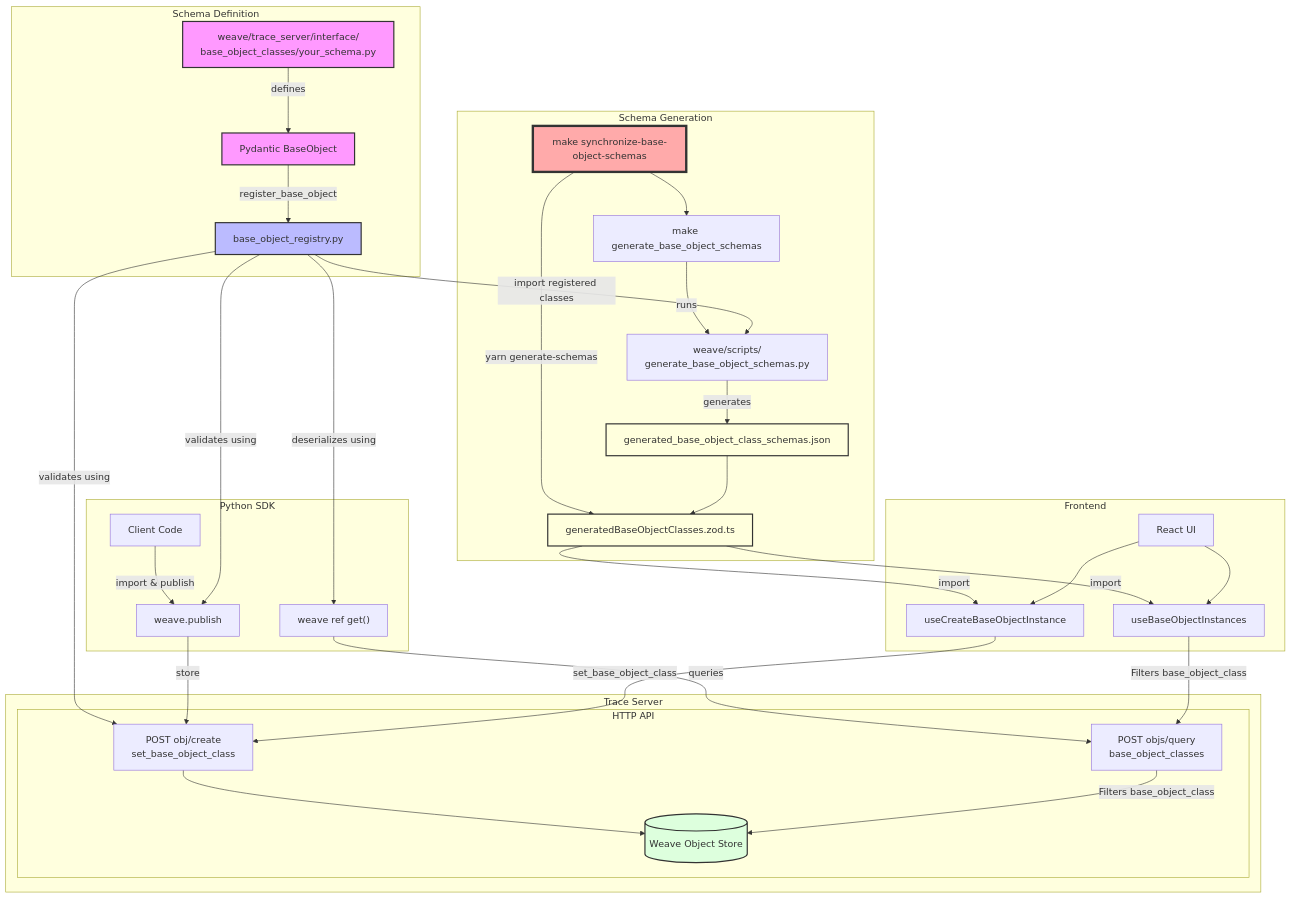
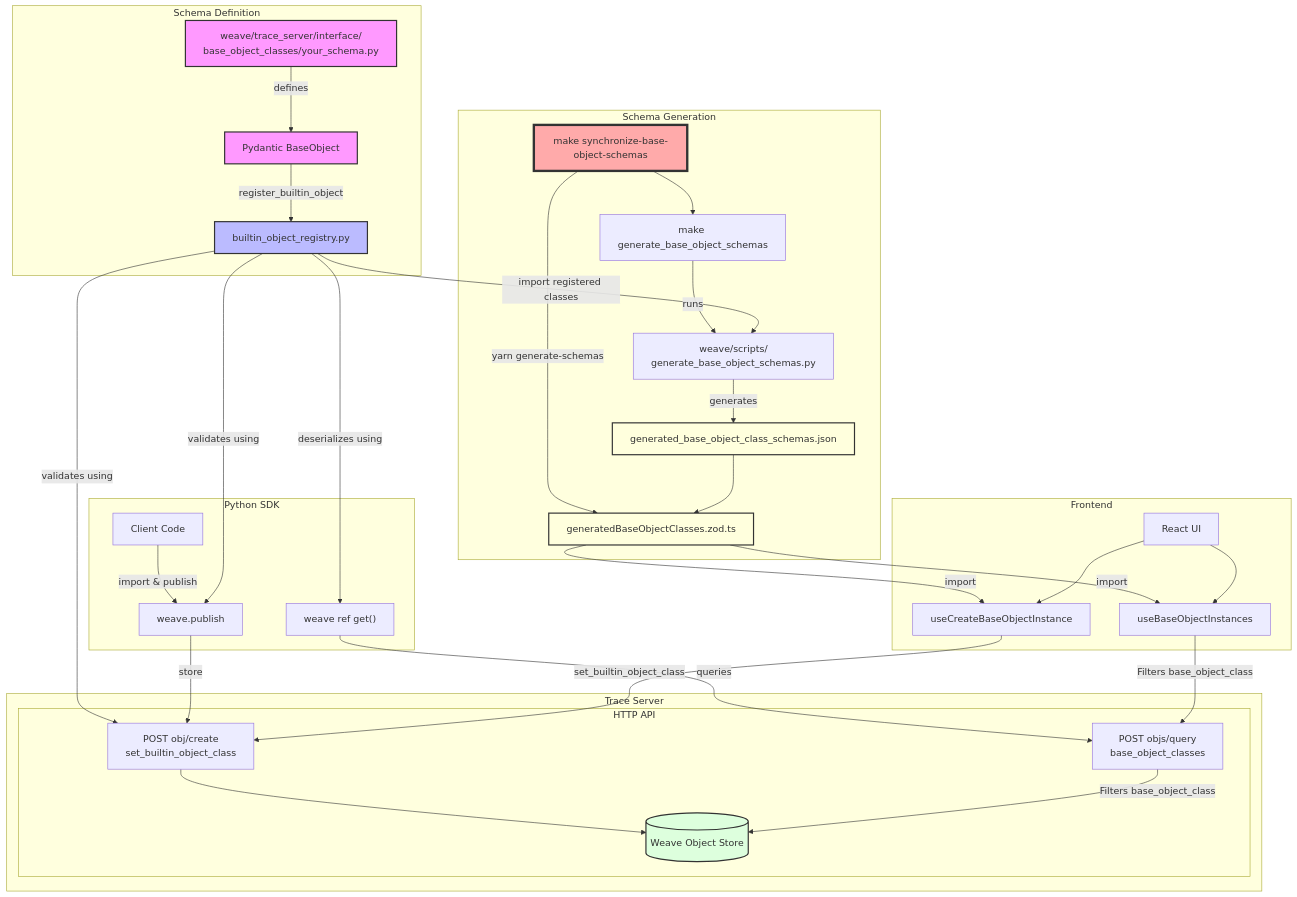
One commit to wandb/weave changed the diagram in dev_docs/BaseObjectClasses.md. Above: the diagram before and after it, drawn with Mermaid. The commit also changed other lines of this file and 13 other files, not shown here.

````diff
--- a/dev_docs/BaseObjectClasses.md
+++ b/dev_docs/BaseObjectClasses.md
@@ -170,49 +170,49 @@
 ```mermaid
 graph TD
     subgraph Schema Definition
         F["weave/trace_server/interface/<br>base_object_classes/your_schema.py"] --> |defines| P[Pydantic BaseObject]
-        P --> |register_base_object| R["base_object_registry.py"]
+        P --> |register_builtin_object| R["builtin_object_registry.py"]
     end
 
     subgraph Schema Generation
         M["make synchronize-base-object-schemas"] --> G["make generate_base_object_schemas"]
         G --> |runs| S["weave/scripts/<br>generate_base_object_schemas.py"]
         R --> |import registered classes| S
         S --> |generates| J["generated_base_object_class_schemas.json"]
         M --> |yarn generate-schemas| Z["generatedBaseObjectClasses.zod.ts"]
         J --> Z
     end
 
     subgraph "Trace Server"
         subgraph "HTTP API"
-            R --> |validates using| HW["POST obj/create<br>set_base_object_class"]
+            R --> |validates using| HW["POST obj/create<br>set_builtin_object_class"]
             HW --> DB[(Weave Object Store)]
             HR["POST objs/query<br>base_object_classes"] --> |Filters base_object_class| DB
         end
     end
 
     subgraph "Python SDK"
         PW[Client Code] --> |import & publish| W[weave.publish]
         W --> |store| HW
         R --> |validates using| W
         PR["weave ref get()"] --> |queries| HR
         R --> |deserializes using| PR
     end
 
     subgraph "Frontend"
         Z --> |import| UBI["useBaseObjectInstances"]
         Z --> |import| UCI["useCreateBaseObjectInstance"]
         UBI --> |Filters base_object_class| HR
-        UCI --> |set_base_object_class| HW
+        UCI --> |set_builtin_object_class| HW
         UI[React UI] --> UBI
         UI --> UCI
     end
 
     style F fill:#f9f,stroke:#333,stroke-width:2px
     style P fill:#f9f,stroke:#333,stroke-width:2px
     style R fill:#bbf,stroke:#333,stroke-width:2px
     style DB fill:#dfd,stroke:#333,stroke-width:2px
     style J fill:#ffd,stroke:#333,stroke-width:2px
     style Z fill:#ffd,stroke:#333,stroke-width:2px
     style M fill:#faa,stroke:#333,stroke-width:4px
 ```
````
